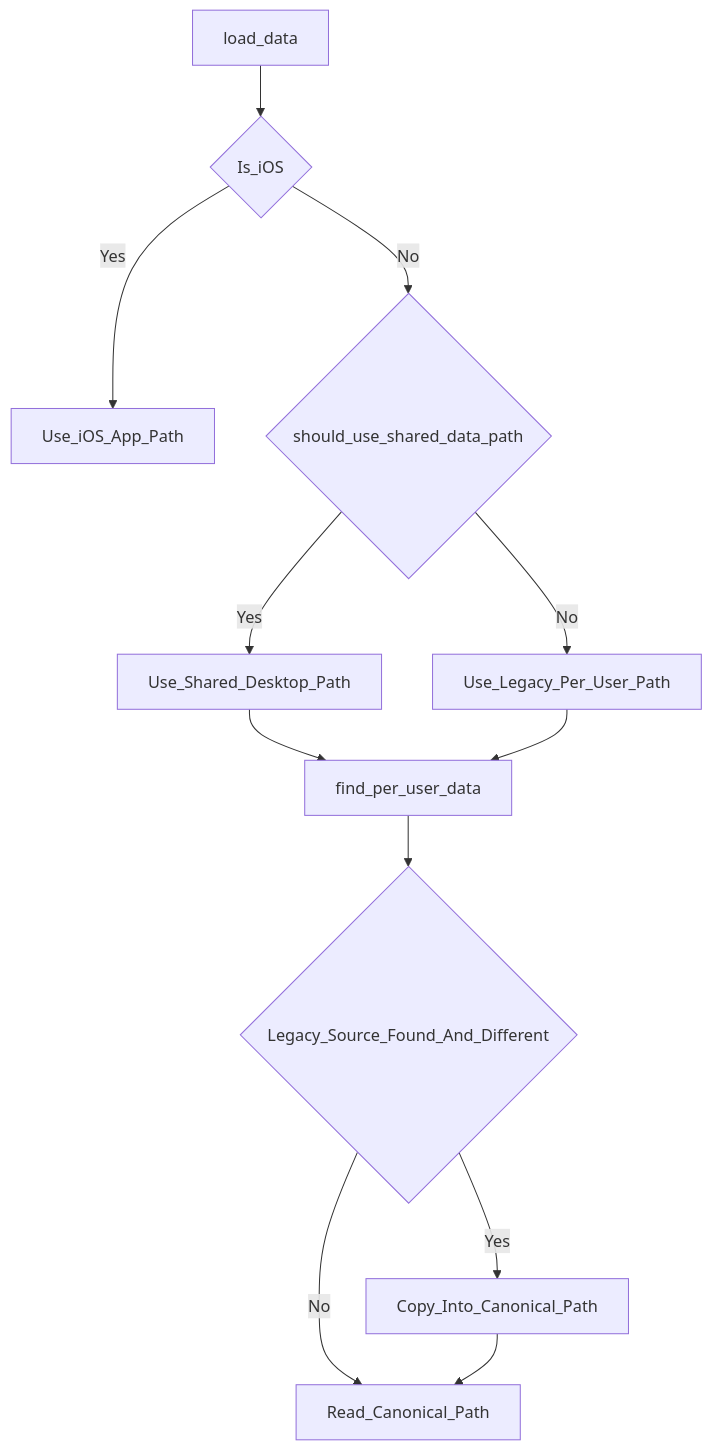
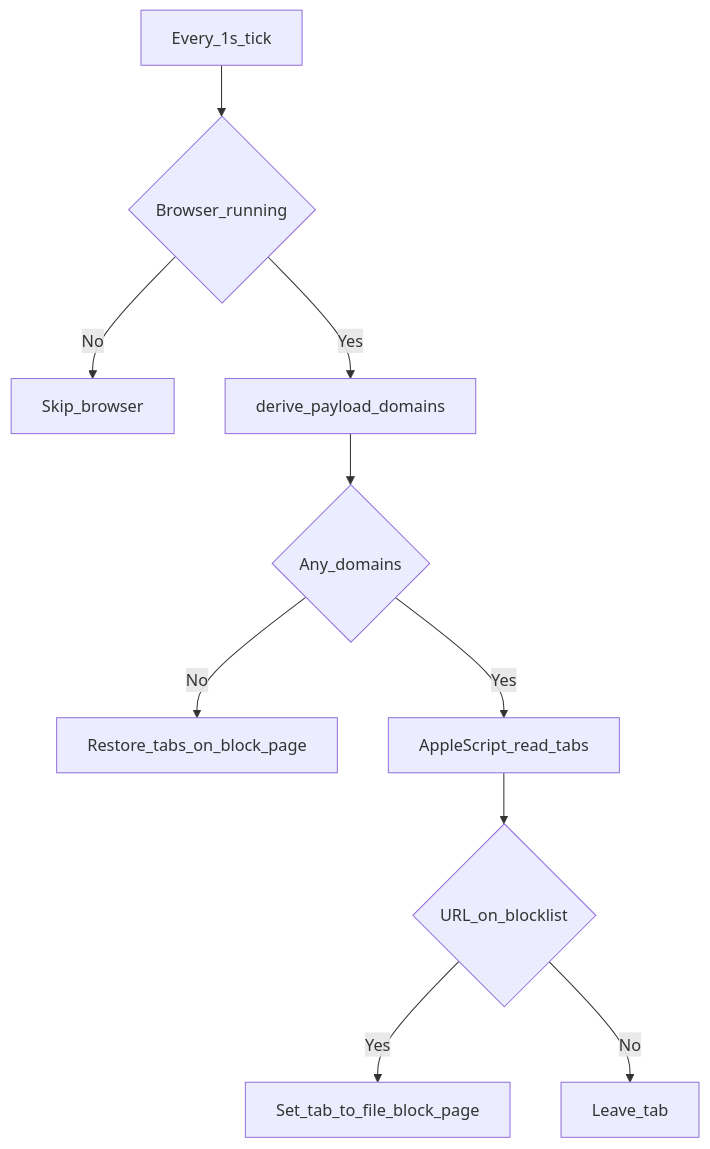
Before and after one commit to kasnder/redd-block: the second of 5 diagrams in architecture.md, drawn with Mermaid. The commit also changed other lines of this file and 7 other files, not shown here.

First line of the commit message:
Release v3.0.0 and rewrite architecture docs for the Automation era.

````diff
--- a/architecture.md
+++ b/architecture.md
@@ -199,14 +239,12 @@
 ```mermaid
 flowchart TD
-    loadData[load_data] --> iosCheck{Is_iOS}
-    iosCheck -->|Yes| iosPath[Use_iOS_App_Path]
-    iosCheck -->|No| sharedDecision{should_use_shared_data_path}
-    sharedDecision -->|Yes| sharedPath[Use_Shared_Desktop_Path]
-    sharedDecision -->|No| perUserPath[Use_Legacy_Per_User_Path]
-    sharedPath --> migrateCheck[find_per_user_data]
-    perUserPath --> migrateCheck
-    migrateCheck --> sourceDecision{Legacy_Source_Found_And_Different}
-    sourceDecision -->|Yes| migrate[Copy_Into_Canonical_Path]
-    sourceDecision -->|No| readPath[Read_Canonical_Path]
-    migrate --> readPath
+    tick[Every_1s_tick] --> running{Browser_running}
+    running -->|No| skip[Skip_browser]
+    running -->|Yes| domains[derive_payload_domains]
+    domains --> empty{Any_domains}
+    empty -->|No| restore[Restore_tabs_on_block_page]
+    empty -->|Yes| script[AppleScript_read_tabs]
+    script --> match{URL_on_blocklist}
+    match -->|Yes| redirect[Set_tab_to_file_block_page]
+    match -->|No| done[Leave_tab]
 ```
````
